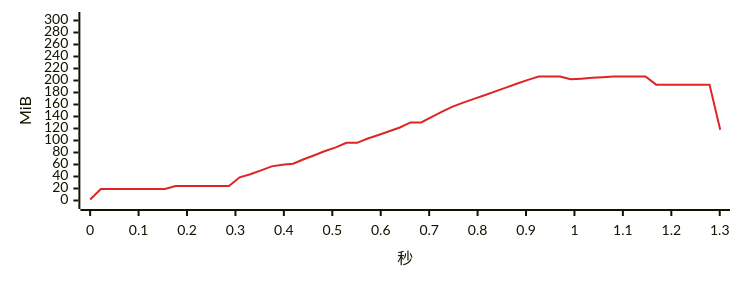
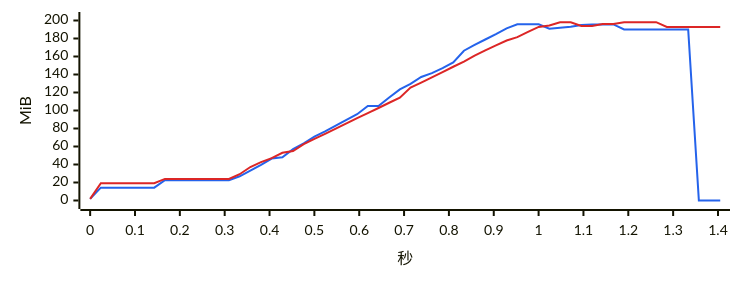
One commit to 334456777/WeFlow changed diagram 11 of 17 in bench/v4.1.0/summary.md. Above: the diagram before and after it, drawn with Mermaid. The commit also changed other lines of this file and 3 other files, not shown here.

````diff
--- a/bench/v4.1.0/summary.md
+++ b/bench/v4.1.0/summary.md
@@ -389,7 +397,8 @@
 ```mermaid
-%%{init: {"xyChart": {"width": 720, "height": 260}, "themeVariables": {"xyChart": {"plotColorPalette": "#dc2626"}}}}%%
+%%{init: {"xyChart": {"width": 720, "height": 260}, "themeVariables": {"xyChart": {"plotColorPalette": "#2563eb, #dc2626"}}}}%%
 xychart-beta
-    x-axis "秒" 0 --> 1.301
-    y-axis "MiB" 0 --> 300
-    line [1.8, 19.3, 19.3, 19.3, 19.3, 19.3, 19.3, 19.3, 24.0, 24.0, 24.0, 24.0, 24.0, 24.0, 38.6, 43.7, 50.3, 56.9, 59.5, 61.4, 68.7, 75.5, 82.5, 88.6, 96.1, 96.1, 103.3, 109.2, 115.5, 121.7, 130.2, 130.2, 139.2, 148.5, 157.0, 163.6, 169.8, 175.9, 182.2, 188.6, 195.0, 201.1, 206.7, 206.7, 206.7, 202.0, 203.1, 204.4, 205.5, 206.8, 206.8, 206.8, 206.8, 193.1, 193.1, 193.1, 193.1, 193.1, 193.1, 117.9]
+    x-axis "秒" 0 --> 1.405
+    y-axis "MiB" 0 --> 200
+    line [1.8, 14.3, 14.3, 14.3, 14.3, 14.3, 14.3, 22.5, 22.5, 22.5, 22.5, 22.5, 22.5, 22.5, 26.9, 33.2, 39.7, 46.6, 48.1, 57.0, 63.6, 71.0, 76.7, 83.1, 89.7, 95.9, 105.0, 105.0, 114.4, 123.5, 129.5, 137.2, 141.5, 147.1, 153.4, 166.4, 172.8, 178.9, 184.8, 191.2, 195.7, 195.7, 195.7, 190.8, 191.9, 193.0, 195.1, 195.6, 195.6, 195.6, 190.0, 190.0, 190.0, 190.0, 190.0, 190.0, 190.0, 0.0, 0.0, 0.0]
+    line [1.8, 19.3, 19.3, 19.3, 19.3, 19.3, 19.3, 24.0, 24.0, 24.0, 24.0, 24.0, 24.0, 24.0, 29.2, 37.2, 42.6, 47.1, 53.0, 55.0, 62.6, 68.4, 74.0, 79.8, 85.7, 91.5, 97.0, 102.8, 108.6, 114.2, 125.4, 131.0, 136.8, 142.7, 148.6, 154.4, 161.0, 166.8, 172.4, 177.8, 181.5, 187.3, 192.9, 194.5, 198.1, 198.1, 193.9, 193.9, 196.1, 196.1, 198.1, 198.1, 198.1, 198.1, 192.8, 192.8, 192.8, 192.8, 192.8, 192.8]
 ```
````
